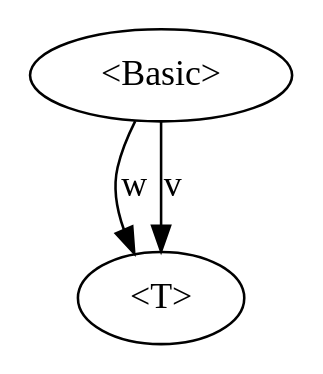
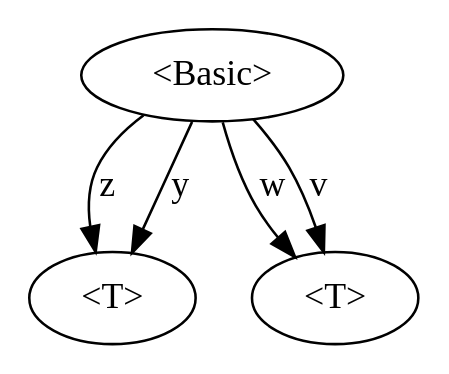
Before and after one commit to varivera/aliasing-java: the diagram in AliasingImpl/source/test.dot, drawn with Graphviz. The commit also changed 4 other files, not shown here.

Commit message:
Corrected bug: class variables were being added to the graph every time the visitor visits them. The bug is fixed.

```diff
--- a/AliasingImpl/source/test.dot
+++ b/AliasingImpl/source/test.dot
@@ -1,6 +1,9 @@
 digraph G {
+n1->n3 [label="z"]
+n1->n3 [label="y"]
 n1->n2 [label="w"]
 n1->n2 [label="v"]
 n1[label="<Basic>"]
 n2[label="<T>"]
+n3[label="<T>"]
 }
```
